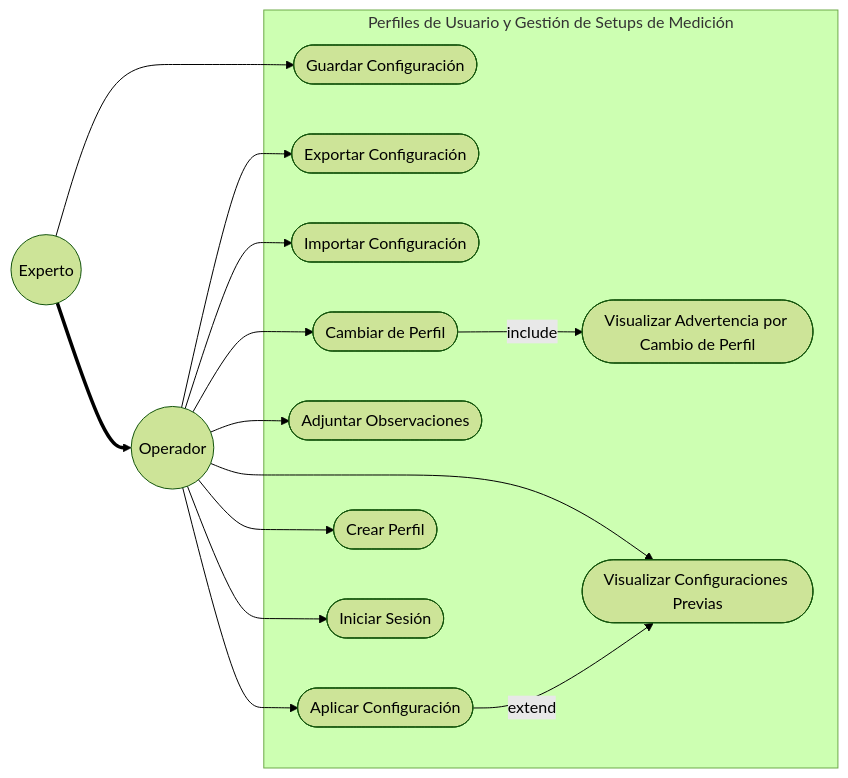
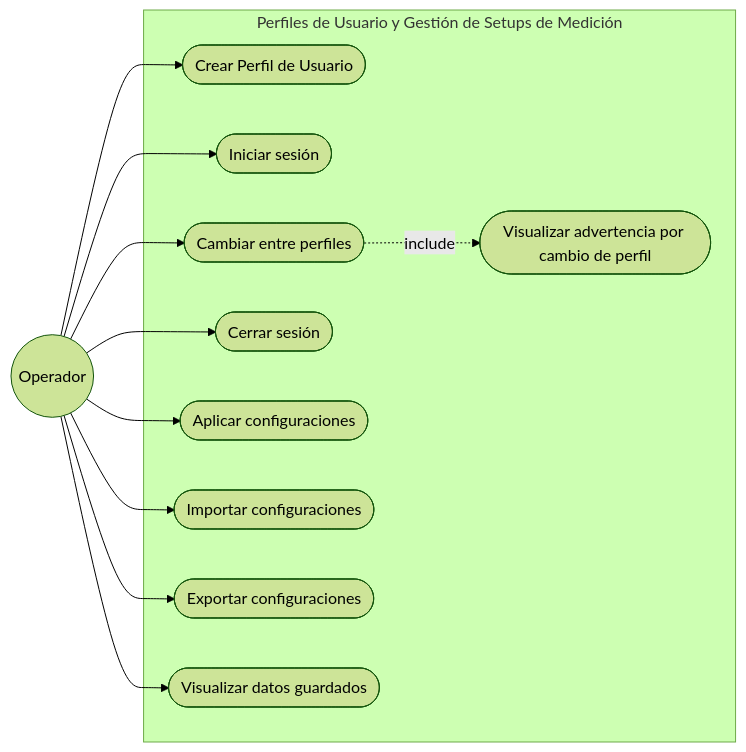
The fifth of 6 diagrams in Gmini-MarkDown/Casos de Uso.md (alegrelias/Repo-GMini), drawn with Mermaid (forest theme) before and after one commit. The commit also changed other lines of this file and 2 other files, not shown here.

Commit message:
Se modifican diagramas de casos de uso para mantener coherencia y se agrega rfequerimiento 'cerrar sesión'

````diff
--- a/Gmini-MarkDown/Casos de Uso.md
+++ b/Gmini-MarkDown/Casos de Uso.md
@@ -111,38 +116,32 @@
 ```mermaid
 flowchart LR
 %% Actores
 Operador((Operador))
-Experto((Experto))
 
 subgraph Perfiles de Usuario y Gestión de Setups de Medición
-	CU1([Guardar Configuración])
-	CU2([Exportar Configuración])
-	CU3([Importar Configuración])
-	CU4([Aplicar Configuración])
-	CU5([Adjuntar Observaciones])
-	CU6([Cambiar de Perfil])
-	CU7([Visualizar Advertencia por Cambio de Perfil])
-	CU8([Visualizar Configuraciones Previas])
-	CU9([Crear Perfil])
-	CU10([Iniciar Sesión])
+	CU1([Crear Perfil de Usuario])
+	CU2([Iniciar sesión])
+	CU3([Cambiar entre perfiles])
+	CU4([Cerrar sesión])
+	CU5([Visualizar advertencia por cambio de perfil])
+	CU6([Aplicar configuraciones])
+	CU7([Importar configuraciones])
+	CU8([Exportar configuraciones])
+	CU9([Visualizar datos guardados])
 end
 
-%% Jerarquía
-Experto ==> Operador
-
 %% Asociaciones
-Experto --> CU1
+Operador --> CU1
 Operador --> CU2
 Operador --> CU3
 Operador --> CU4
+Operador --> CU6
+Operador --> CU7
 Operador --> CU8
-Operador --> CU5
-Operador --> CU6
 Operador --> CU9
-Operador --> CU10
 
 
 %% Relaciones Include/Extend
-CU6 --include--> CU7
-CU4 --extend--> CU8
+
+CU3 -.include.-> CU5
 ```
````
